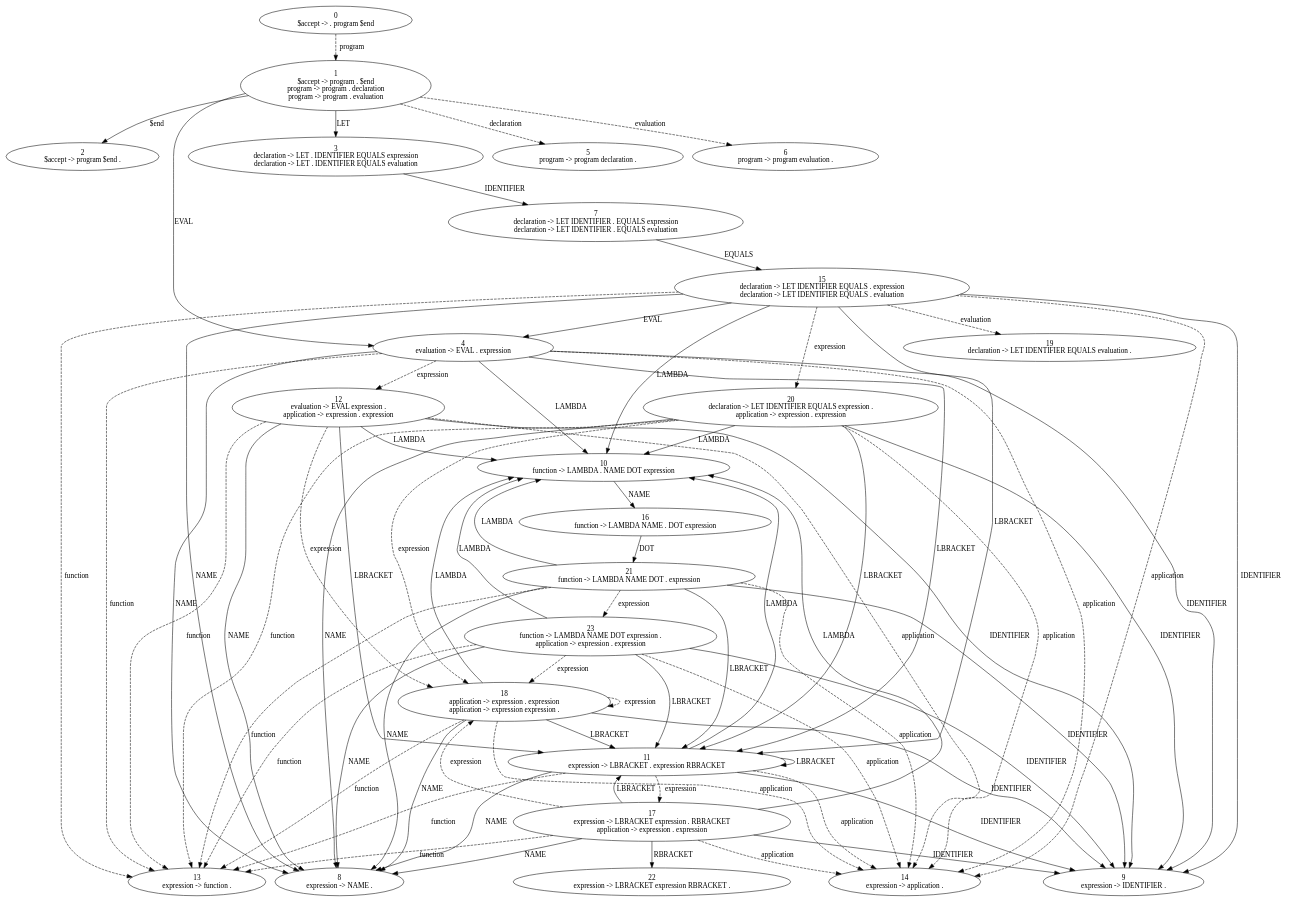
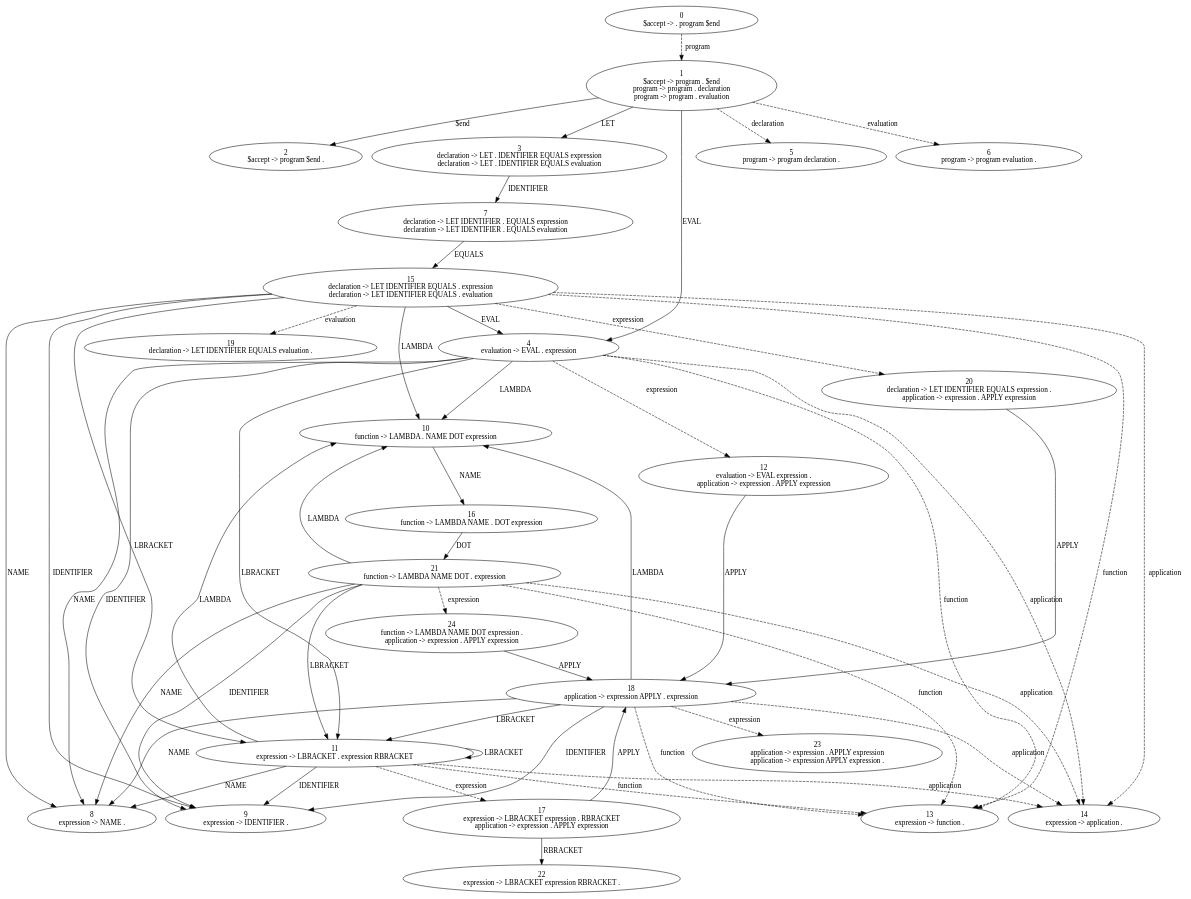
One commit to Jackeeet/LarC changed the diagram in yacc/rules.dot. Above: the diagram before and after it, drawn with Graphviz. The commit also changed 5 other files, not shown here.

```diff
--- a/yacc/rules.dot
+++ b/yacc/rules.dot
@@ -1,102 +1,79 @@
 digraph Automaton {
   0 [label="0\n$accept -> . program $end"]
   0 -> 1 [style=dashed label="program"]
   1 [label="1\n$accept -> program . $end\nprogram -> program . declaration\nprogram -> program . evaluation"]
   1 -> 2 [style=solid label="$end"]
   1 -> 3 [style=solid label="LET"]
   1 -> 4 [style=solid label="EVAL"]
   1 -> 5 [style=dashed label="declaration"]
   1 -> 6 [style=dashed label="evaluation"]
   2 [label="2\n$accept -> program $end ."]
   3 [label="3\ndeclaration -> LET . IDENTIFIER EQUALS expression\ndeclaration -> LET . IDENTIFIER EQUALS evaluation"]
   3 -> 7 [style=solid label="IDENTIFIER"]
   4 [label="4\nevaluation -> EVAL . expression"]
   4 -> 8 [style=solid label="NAME"]
   4 -> 9 [style=solid label="IDENTIFIER"]
   4 -> 10 [style=solid label="LAMBDA"]
   4 -> 11 [style=solid label="LBRACKET"]
   4 -> 12 [style=dashed label="expression"]
   4 -> 13 [style=dashed label="function"]
   4 -> 14 [style=dashed label="application"]
   5 [label="5\nprogram -> program declaration ."]
   6 [label="6\nprogram -> program evaluation ."]
   7 [label="7\ndeclaration -> LET IDENTIFIER . EQUALS expression\ndeclaration -> LET IDENTIFIER . EQUALS evaluation"]
   7 -> 15 [style=solid label="EQUALS"]
   8 [label="8\nexpression -> NAME ."]
   9 [label="9\nexpression -> IDENTIFIER ."]
   10 [label="10\nfunction -> LAMBDA . NAME DOT expression"]
   10 -> 16 [style=solid label="NAME"]
   11 [label="11\nexpression -> LBRACKET . expression RBRACKET"]
   11 -> 8 [style=solid label="NAME"]
   11 -> 9 [style=solid label="IDENTIFIER"]
   11 -> 10 [style=solid label="LAMBDA"]
   11 -> 11 [style=solid label="LBRACKET"]
   11 -> 17 [style=dashed label="expression"]
   11 -> 13 [style=dashed label="function"]
   11 -> 14 [style=dashed label="application"]
-  12 [label="12\nevaluation -> EVAL expression .\napplication -> expression . expression"]
-  12 -> 8 [style=solid label="NAME"]
-  12 -> 9 [style=solid label="IDENTIFIER"]
-  12 -> 10 [style=solid label="LAMBDA"]
-  12 -> 11 [style=solid label="LBRACKET"]
-  12 -> 18 [style=dashed label="expression"]
-  12 -> 13 [style=dashed label="function"]
-  12 -> 14 [style=dashed label="application"]
+  12 [label="12\nevaluation -> EVAL expression .\napplication -> expression . APPLY expression"]
+  12 -> 18 [style=solid label="APPLY"]
   13 [label="13\nexpression -> function ."]
   14 [label="14\nexpression -> application ."]
   15 [label="15\ndeclaration -> LET IDENTIFIER EQUALS . expression\ndeclaration -> LET IDENTIFIER EQUALS . evaluation"]
   15 -> 8 [style=solid label="NAME"]
   15 -> 9 [style=solid label="IDENTIFIER"]
   15 -> 10 [style=solid label="LAMBDA"]
   15 -> 11 [style=solid label="LBRACKET"]
   15 -> 4 [style=solid label="EVAL"]
   15 -> 19 [style=dashed label="evaluation"]
   15 -> 20 [style=dashed label="expression"]
   15 -> 13 [style=dashed label="function"]
   15 -> 14 [style=dashed label="application"]
   16 [label="16\nfunction -> LAMBDA NAME . DOT expression"]
   16 -> 21 [style=solid label="DOT"]
-  17 [label="17\nexpression -> LBRACKET expression . RBRACKET\napplication -> expression . expression"]
-  17 -> 8 [style=solid label="NAME"]
-  17 -> 9 [style=solid label="IDENTIFIER"]
-  17 -> 10 [style=solid label="LAMBDA"]
-  17 -> 11 [style=solid label="LBRACKET"]
+  17 [label="17\nexpression -> LBRACKET expression . RBRACKET\napplication -> expression . APPLY expression"]
   17 -> 22 [style=solid label="RBRACKET"]
-  17 -> 18 [style=dashed label="expression"]
-  17 -> 13 [style=dashed label="function"]
-  17 -> 14 [style=dashed label="application"]
-  18 [label="18\napplication -> expression . expression\napplication -> expression expression ."]
+  17 -> 18 [style=solid label="APPLY"]
+  18 [label="18\napplication -> expression APPLY . expression"]
   18 -> 8 [style=solid label="NAME"]
   18 -> 9 [style=solid label="IDENTIFIER"]
   18 -> 10 [style=solid label="LAMBDA"]
   18 -> 11 [style=solid label="LBRACKET"]
-  18 -> 18 [style=dashed label="expression"]
+  18 -> 23 [style=dashed label="expression"]
   18 -> 13 [style=dashed label="function"]
   18 -> 14 [style=dashed label="application"]
   19 [label="19\ndeclaration -> LET IDENTIFIER EQUALS evaluation ."]
-  20 [label="20\ndeclaration -> LET IDENTIFIER EQUALS expression .\napplication -> expression . expression"]
-  20 -> 8 [style=solid label="NAME"]
-  20 -> 9 [style=solid label="IDENTIFIER"]
-  20 -> 10 [style=solid label="LAMBDA"]
-  20 -> 11 [style=solid label="LBRACKET"]
-  20 -> 18 [style=dashed label="expression"]
-  20 -> 13 [style=dashed label="function"]
-  20 -> 14 [style=dashed label="application"]
+  20 [label="20\ndeclaration -> LET IDENTIFIER EQUALS expression .\napplication -> expression . APPLY expression"]
+  20 -> 18 [style=solid label="APPLY"]
   21 [label="21\nfunction -> LAMBDA NAME DOT . expression"]
   21 -> 8 [style=solid label="NAME"]
   21 -> 9 [style=solid label="IDENTIFIER"]
   21 -> 10 [style=solid label="LAMBDA"]
   21 -> 11 [style=solid label="LBRACKET"]
-  21 -> 23 [style=dashed label="expression"]
+  21 -> 24 [style=dashed label="expression"]
   21 -> 13 [style=dashed label="function"]
   21 -> 14 [style=dashed label="application"]
   22 [label="22\nexpression -> LBRACKET expression RBRACKET ."]
-  23 [label="23\nfunction -> LAMBDA NAME DOT expression .\napplication -> expression . expression"]
-  23 -> 8 [style=solid label="NAME"]
-  23 -> 9 [style=solid label="IDENTIFIER"]
-  23 -> 10 [style=solid label="LAMBDA"]
-  23 -> 11 [style=solid label="LBRACKET"]
-  23 -> 18 [style=dashed label="expression"]
-  23 -> 13 [style=dashed label="function"]
-  23 -> 14 [style=dashed label="application"]
+  23 [label="23\napplication -> expression . APPLY expression\napplication -> expression APPLY expression ."]
+  24 [label="24\nfunction -> LAMBDA NAME DOT expression .\napplication -> expression . APPLY expression"]
+  24 -> 18 [style=solid label="APPLY"]
 }
```
